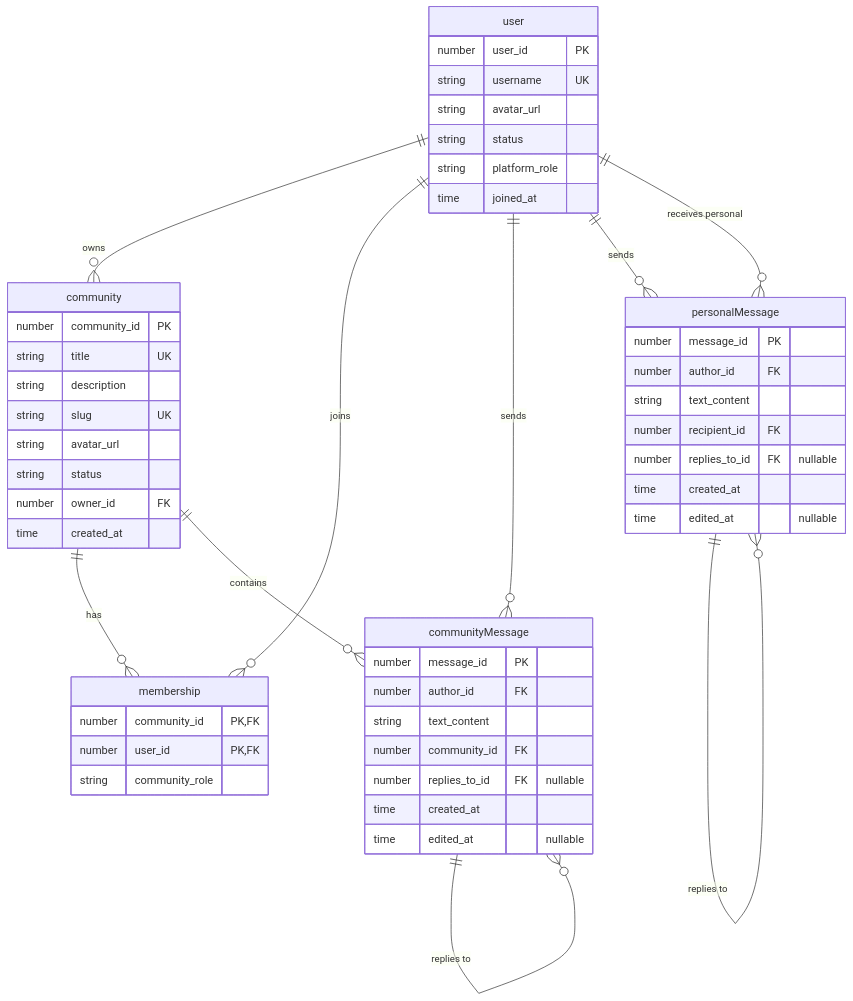
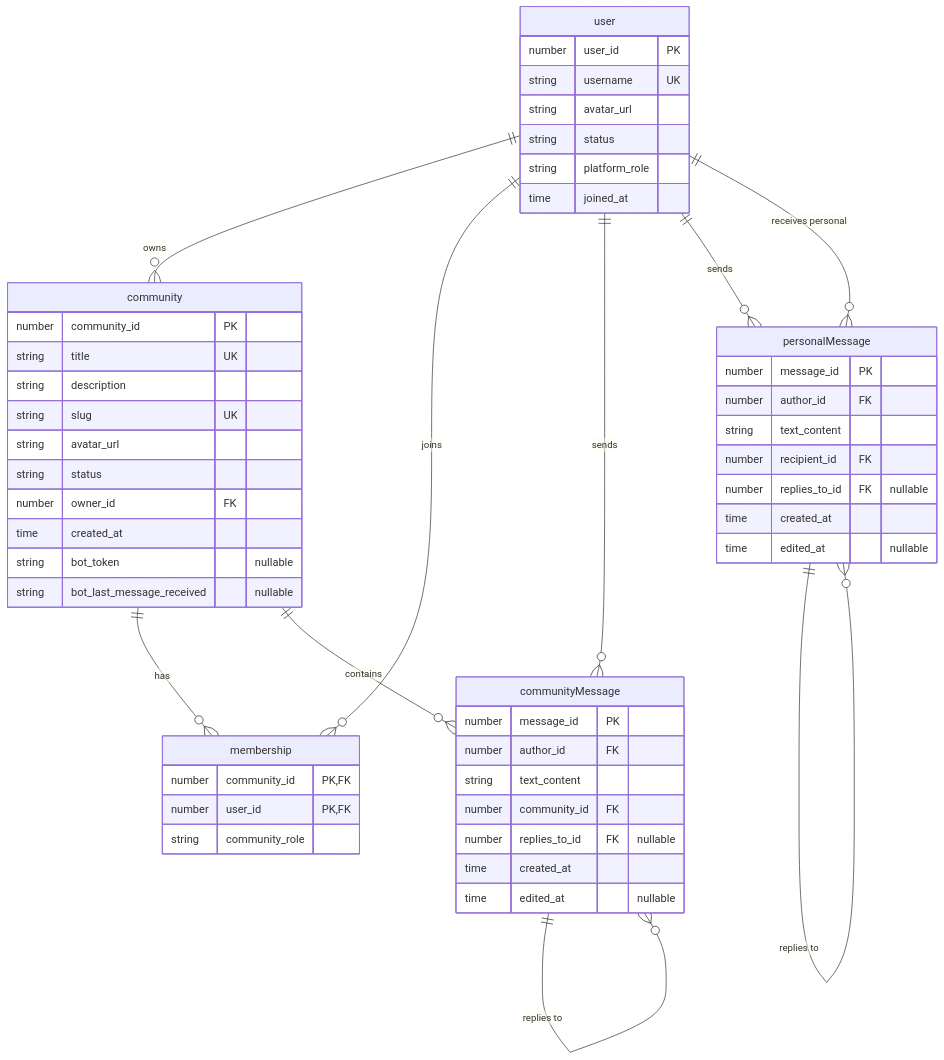
One commit to devl0g/KPI_lab2 changed the diagram in models/erd/model.mmd. Above: the diagram before and after it, drawn with Mermaid. The commit also changed 3 other files, not shown here.

```diff
--- a/models/erd/model.mmd
+++ b/models/erd/model.mmd
@@ -1,56 +1,58 @@
 erDiagram
     user {
         number user_id PK
         string username UK
         string avatar_url
         string status
         string platform_role
         time joined_at
     }
 
     community {
         number community_id PK
         string title UK
         string description
         string slug UK
         string avatar_url
         string status
         number owner_id FK
         time created_at
+        string bot_token "nullable"
+        string bot_last_message_received "nullable"
     }
 
     membership {
         number community_id PK,FK
         number user_id PK,FK
         string community_role
     }
 
     personalMessage {
         number message_id PK
         number author_id FK
         string text_content
         number recipient_id FK
         number replies_to_id FK "nullable"
         time created_at
         time edited_at "nullable"
     }
 
     communityMessage {
         number message_id PK
         number author_id FK
         string text_content
         number community_id FK
         number replies_to_id FK "nullable"
         time created_at
         time edited_at "nullable"
     }
 
     user ||--o{ community : "owns"
     user ||--o{ membership : "joins"
     user ||--o{ communityMessage : "sends"
     user ||--o{ personalMessage : "sends"
     user ||--o{ personalMessage : "receives personal"
     community ||--o{ membership : "has"
     community ||--o{ communityMessage : "contains"
     personalMessage ||--o{ personalMessage : "replies to"
     communityMessage ||--o{ communityMessage : "replies to"
```
